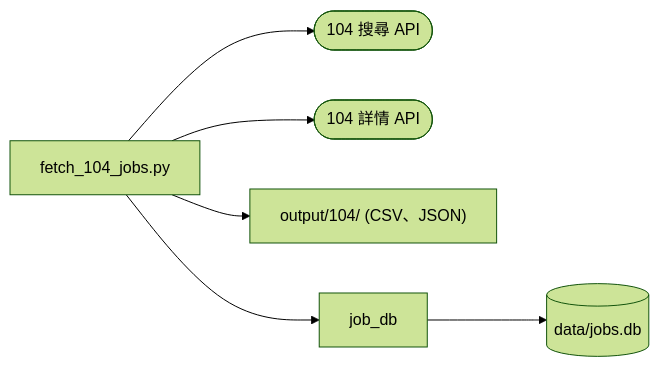
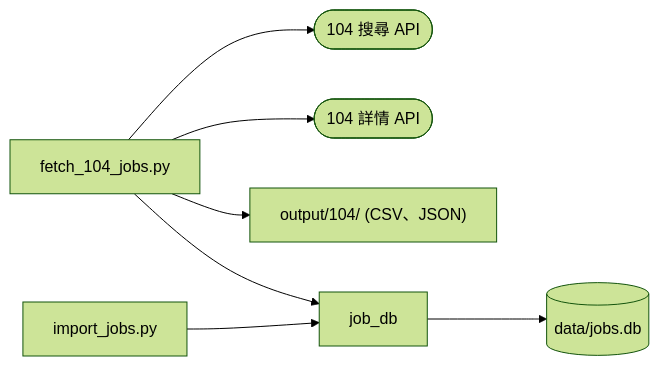
One commit to dlhdb/job-matching changed the diagram in docs/tech/tech-design/104-job-scraper.md. Above: the diagram before and after it, drawn with Mermaid (forest theme). The commit also changed other lines of this file and 13 other files, not shown here.

````diff
--- a/docs/tech/tech-design/104-job-scraper.md
+++ b/docs/tech/tech-design/104-job-scraper.md
@@ -8,8 +8,9 @@
 ```mermaid
 flowchart LR
     cli["fetch_104_jobs.py"] --> search(["104 搜尋 API"])
     cli --> detail(["104 詳情 API"])
     cli --> out["output/104/ (CSV、JSON)"]
     cli --> jobdb["job_db"]
+    imp["import_jobs.py"] --> jobdb
     jobdb --> db[("data/jobs.db")]
 ```
````
